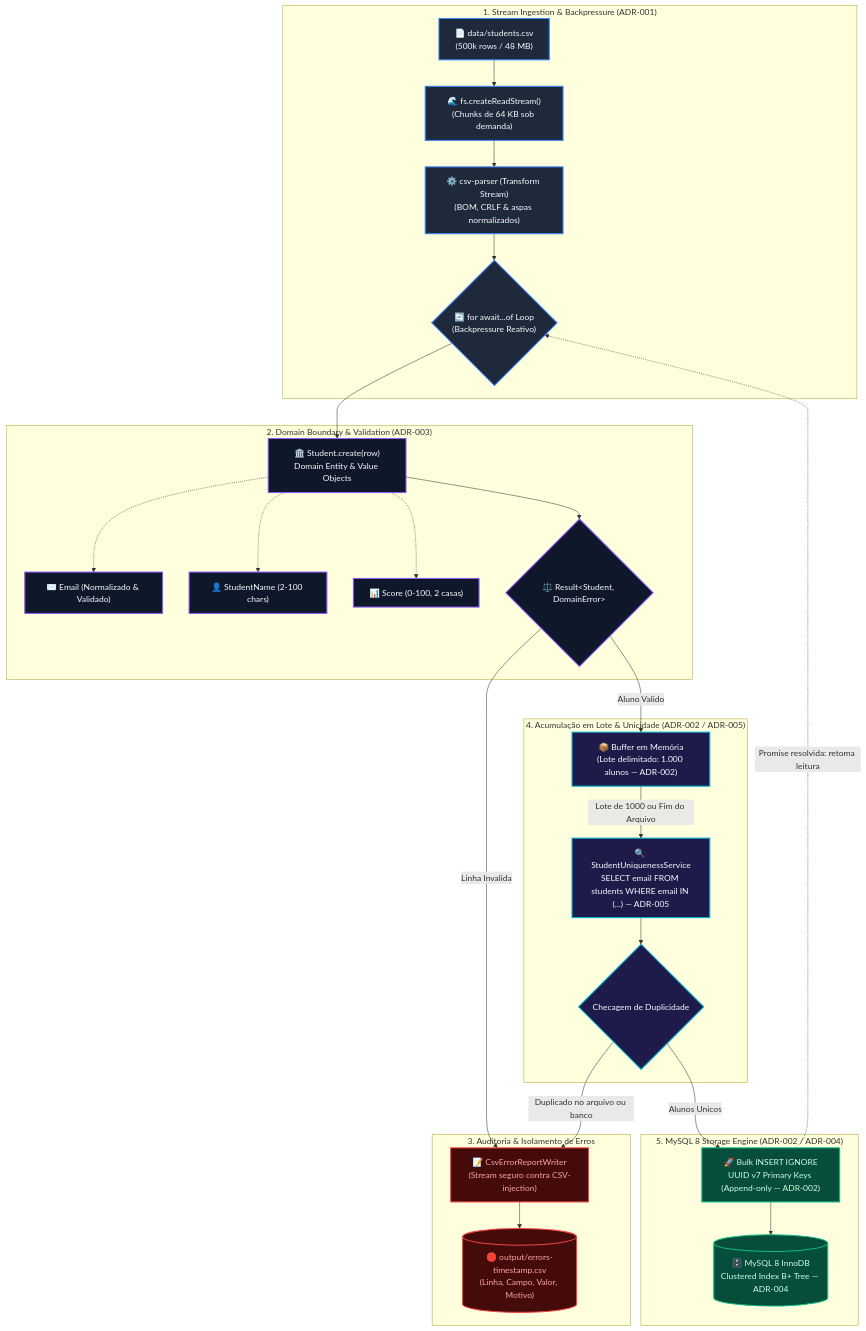
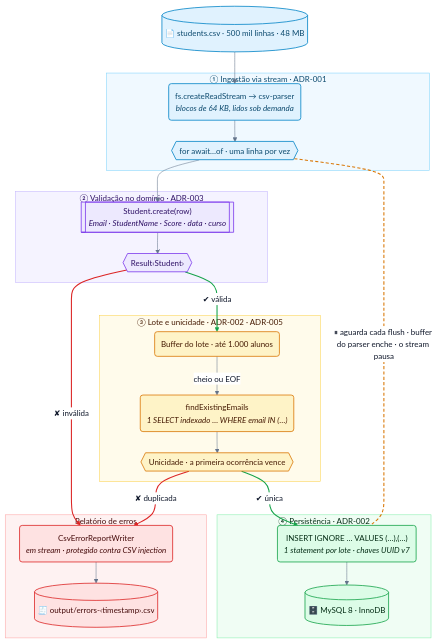
The first of 4 diagrams in docs/architecture.md (HuggsF/csv-stream-importer), drawn with Mermaid before and after one commit. The commit also changed other lines of this file and 1 other file, not shown here.

First line of the commit message:
docs: redesign mermaid diagrams and fix documentation drift

````diff
--- a/docs/architecture.md
+++ b/docs/architecture.md
@@ -11,65 +11,66 @@
 ```mermaid
-flowchart TD
-    subgraph INGESTION["1. Stream Ingestion & Backpressure (ADR-001)"]
-        CSV["📄 data/students.csv<br/>(500k rows / 48 MB)"]
-        FS["🌊 fs.createReadStream()<br/>(Chunks de 64 KB sob demanda)"]
-        PARSER["⚙️ csv-parser (Transform Stream)<br/>(BOM, CRLF & aspas normalizados)"]
-        LOOP{"🔄 for await...of Loop<br/>(Backpressure Reativo)"}
+%%{init: {"theme": "base", "themeVariables": {"fontFamily": "Inter, Segoe UI, Helvetica, Arial, sans-serif", "fontSize": "15px", "lineColor": "#64748B", "primaryTextColor": "#0F172A", "clusterBkg": "#F8FAFC", "clusterBorder": "#CBD5E1", "titleColor": "#0F172A", "edgeLabelBackground": "#FFFFFF"}, "flowchart": {"curve": "basis", "nodeSpacing": 34, "rankSpacing": 40, "padding": 12, "wrappingWidth": 320}}}%%
+flowchart TB
+    CSV[("📄 students.csv · 500 mil linhas · 48 MB")]
+
+    subgraph S1["① Ingestão via stream · ADR-001"]
+        FS("fs.createReadStream → csv-parser<br/><i>blocos de 64 KB, lidos sob demanda</i>")
+        LOOP{{"for await…of · uma linha por vez"}}
+        FS --> LOOP
     end
 
-    subgraph DOMAIN["2. Domain Boundary & Validation (ADR-003)"]
-        CREATE["🏛️ Student.create(row)<br/>Domain Entity & Value Objects"]
-        VO_EMAIL["✉️ Email (Normalizado & Validado)"]
-        VO_NAME["👤 StudentName (2-100 chars)"]
-        VO_SCORE["📊 Score (0-100, 2 casas)"]
-        RESULT{"⚖️ Result&lt;Student, DomainError&gt;"}
+    subgraph S2["② Validação no domínio · ADR-003"]
+        CREATE[["Student.create(row)<br/><i>Email · StudentName · Score · data · curso</i>"]]
+        VALID{{"Result‹Student›"}}
+        CREATE --> VALID
     end
 
-    subgraph ERROR_PIPELINE["3. Auditoria & Isolamento de Erros"]
-        ERR_WRITER["📝 CsvErrorReportWriter<br/>(Stream seguro contra CSV-injection)"]
-        ERR_FILE[("🛑 output/errors-timestamp.csv<br/>(Linha, Campo, Valor, Motivo)")]
+    subgraph S3["③ Lote e unicidade · ADR-002 · ADR-005"]
+        BATCH("Buffer do lote · até 1.000 alunos")
+        LOOKUP("findExistingEmails<br/><i>1 SELECT indexado … WHERE email IN (…)</i>")
+        UNIQ{{"Unicidade · a primeira ocorrência vence"}}
+        BATCH -->|"cheio ou EOF"| LOOKUP --> UNIQ
     end
 
-    subgraph BATCHING["4. Acumulação em Lote & Unicidade (ADR-002 / ADR-005)"]
-        BUFFER["📦 Buffer em Memória<br/>(Lote delimitado: 1.000 alunos — ADR-002)"]
-        UNIQ["🔍 StudentUniquenessService<br/>SELECT email FROM students WHERE email IN (...) — ADR-005"]
-        SPLIT{"Checagem de Duplicidade"}
+    subgraph S4["④ Persistência · ADR-002"]
+        INSERT("INSERT IGNORE … VALUES (…),(…)<br/><i>1 statement por lote · chaves UUID v7</i>")
+        DB[("🗄️ MySQL 8 · InnoDB")]
+        INSERT --> DB
     end
 
-    subgraph PERSISTENCE["5. MySQL 8 Storage Engine (ADR-002 / ADR-004)"]
-        BULK["🚀 Bulk INSERT IGNORE<br/>UUID v7 Primary Keys (Append-only — ADR-002)"]
-        INNODB[("🗄️ MySQL 8 InnoDB<br/>Clustered Index B+ Tree — ADR-004")]
+    subgraph S5["Relatório de erros"]
+        REPORT("CsvErrorReportWriter<br/><i>em stream · protegido contra CSV injection</i>")
+        ERRORS[("🧾 output/errors-‹timestamp›.csv")]
+        REPORT --> ERRORS
     end
 
     CSV --> FS
-    FS --> PARSER
-    PARSER --> LOOP
     LOOP --> CREATE
-    CREATE -.-> VO_EMAIL & VO_NAME & VO_SCORE
-    CREATE --> RESULT
+    VALID -->|"✔ válida"| BATCH
+    VALID -->|"✘ inválida"| REPORT
+    UNIQ -->|"✔ única"| INSERT
+    UNIQ -->|"✘ duplicada"| REPORT
+    LOOP -.-|"⏸ aguarda cada flush · buffer do parser enche · o stream pausa"| INSERT
 
-    RESULT -->|Linha Invalida| ERR_WRITER
-    ERR_WRITER --> ERR_FILE
+    classDef io fill:#E0F2FE,stroke:#0284C7,stroke-width:1.5px,color:#0C4A6E
+    classDef domain fill:#EDE9FE,stroke:#7C3AED,stroke-width:1.5px,color:#2E1065
+    classDef batch fill:#FEF3C7,stroke:#D97706,stroke-width:1.5px,color:#451A03
+    classDef store fill:#DCFCE7,stroke:#16A34A,stroke-width:1.5px,color:#052E16
+    classDef error fill:#FEE2E2,stroke:#DC2626,stroke-width:1.5px,color:#450A0A
 
-    RESULT -->|Aluno Valido| BUFFER
-    BUFFER -->|Lote de 1000 ou Fim do Arquivo| UNIQ
-    UNIQ --> SPLIT
+    class CSV,FS,LOOP io
+    class CREATE,VALID domain
+    class BATCH,LOOKUP,UNIQ batch
+    class INSERT,DB store
+    class REPORT,ERRORS error
 
-    SPLIT -->|Duplicado no arquivo ou banco| ERR_WRITER
-    SPLIT -->|Alunos Unicos| BULK
-    BULK --> INNODB
+    style S1 fill:#F0F9FF,stroke:#7DD3FC,color:#0C4A6E
+    style S2 fill:#F5F3FF,stroke:#C4B5FD,color:#2E1065
+    style S3 fill:#FFFBEB,stroke:#FCD34D,color:#451A03
+    style S4 fill:#F0FDF4,stroke:#86EFAC,color:#052E16
+    style S5 fill:#FEF2F2,stroke:#FCA5A5,color:#450A0A
 
-    BULK -.->|Promise resolvida: retoma leitura| LOOP
-
-    classDef source fill:#1e293b,stroke:#3b82f6,stroke-width:2px,color:#f8fafc;
-    classDef domain fill:#0f172a,stroke:#8b5cf6,stroke-width:2px,color:#f8fafc;
-    classDef error fill:#450a0a,stroke:#ef4444,stroke-width:2px,color:#fca5a5;
-    classDef batch fill:#1e1b4b,stroke:#06b6d4,stroke-width:2px,color:#f8fafc;
-    classDef storage fill:#064e3b,stroke:#10b981,stroke-width:2px,color:#d1fae5;
-
-    class CSV,FS,PARSER,LOOP source;
-    class CREATE,VO_EMAIL,VO_NAME,VO_SCORE,RESULT domain;
-    class ERR_WRITER,ERR_FILE error;
-    class BUFFER,UNIQ,SPLIT batch;
-    class BULK,INNODB storage;
+    linkStyle 8,10 stroke:#16A34A,stroke-width:2px
+    linkStyle 9,11 stroke:#DC2626,stroke-width:2px
+    linkStyle 12 stroke:#D97706,stroke-width:2px,stroke-dasharray:6 4
 ```
````
